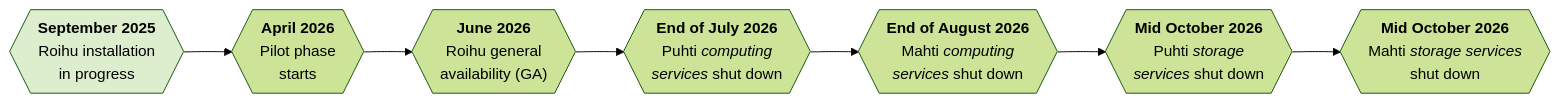
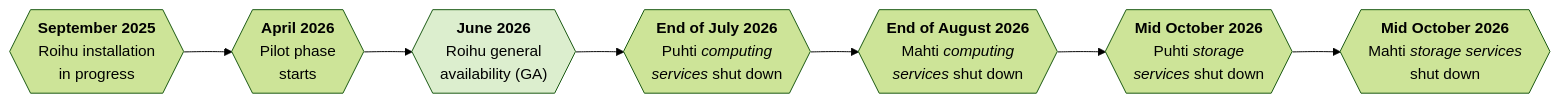
One commit to CSCfi/csc-user-guide changed the diagram in docs/computing/systems-roihu.md. Above: the diagram before and after it, drawn with Mermaid (forest theme).

Commit message:
Update Roihu schedule marker

````diff
--- a/docs/computing/systems-roihu.md
+++ b/docs/computing/systems-roihu.md
@@ -11,25 +11,25 @@
 ```mermaid
 graph LR;
     A{{"<b>September 2025</b>
         Roihu installation
         in progress"}} --> B;
     B{{"<b>April 2026</b>
         Pilot phase
         starts"}} --> C;
     C{{"<b>June 2026</b>
         Roihu general
         availability (GA)"}} --> D;
     D{{"<b>End of July 2026</b>
         Puhti <i>computing
         services</i> shut down"}} --> E;
     E{{"<b>End of August 2026</b>
         Mahti <i>computing
         services</i> shut down"}} --> F;
     F{{"<b>Mid October 2026</b>
         Puhti <i>storage
         services</i> shut down"}} --> G;
     G{{"<b>Mid October 2026</b>
         Mahti <i>storage services</i>
         shut down"}}
-    style A fill:#dceeceff;
+    style C fill:#dceeceff;
 ```
````
